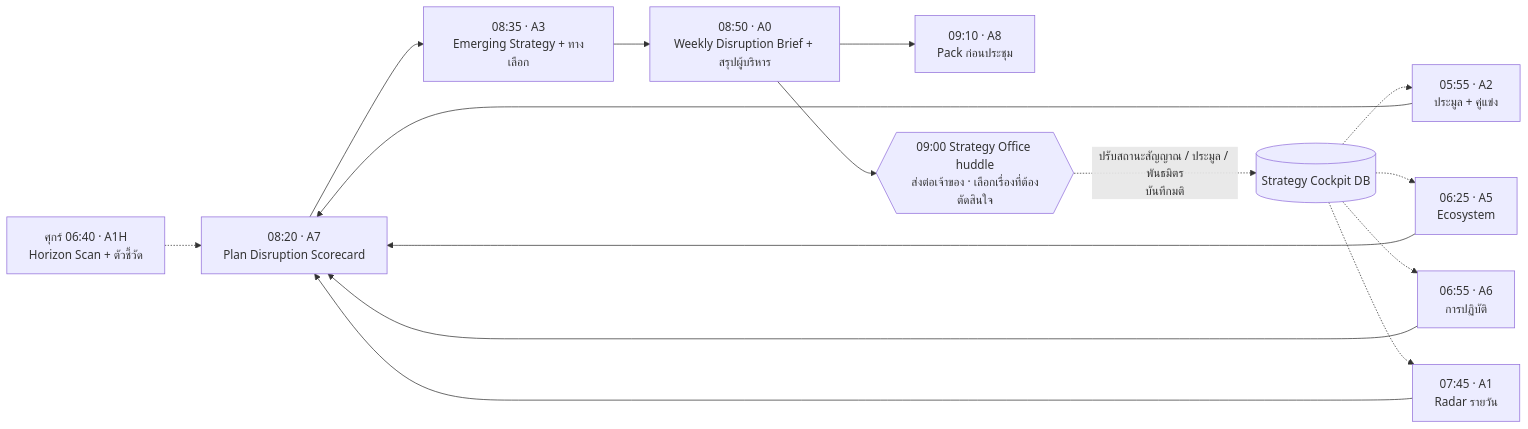
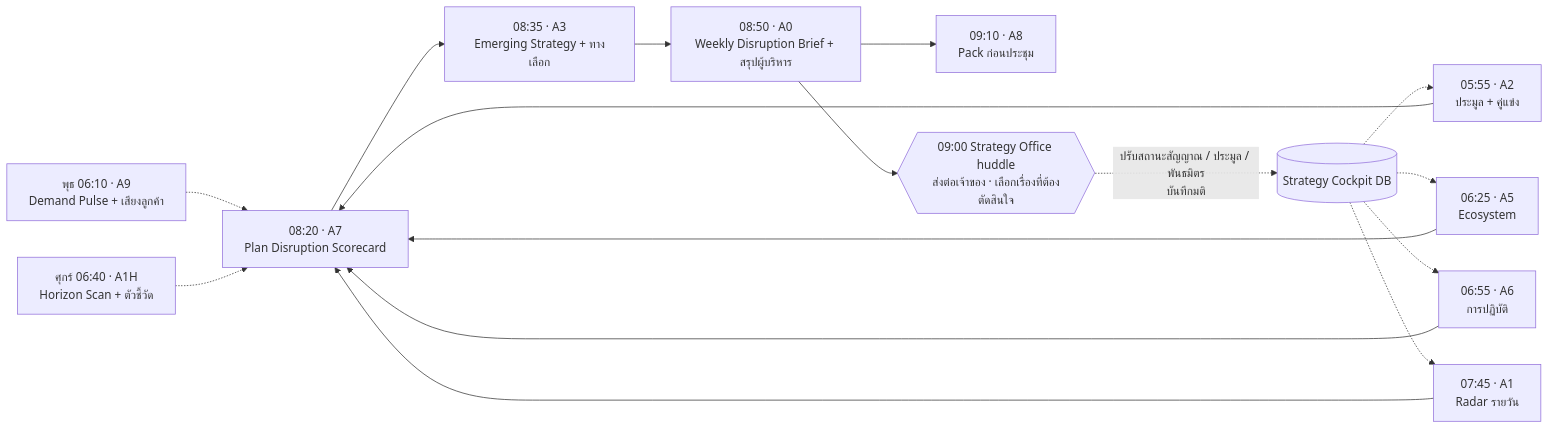
Before and after one commit to jinnaphas/strategy: the diagram in knowledge-base/03-weekly-disruption-cycle.md, drawn with Mermaid. The commit also changed other lines of this file and 7 other files, not shown here.

````diff
--- a/knowledge-base/03-weekly-disruption-cycle.md
+++ b/knowledge-base/03-weekly-disruption-cycle.md
@@ -23,14 +23,15 @@
 ```mermaid
 flowchart LR
+    A9["พุธ 06:10 · A9<br/>Demand Pulse + เสียงลูกค้า"] -.-> A7
     A1H["ศุกร์ 06:40 · A1H<br/>Horizon Scan + ตัวชี้วัด"] -.-> A7
     A2["05:55 · A2<br/>ประมูล + คู่แข่ง"] --> A7
     A5["06:25 · A5<br/>Ecosystem"] --> A7
     A6["06:55 · A6<br/>การปฏิบัติ"] --> A7
     A1["07:45 · A1<br/>Radar รายวัน"] --> A7
     A7["08:20 · A7<br/>Plan Disruption Scorecard"] --> A3["08:35 · A3<br/>Emerging Strategy + ทางเลือก"]
     A3 --> A0["08:50 · A0<br/>Weekly Disruption Brief + สรุปผู้บริหาร"]
     A0 --> A8["09:10 · A8<br/>Pack ก่อนประชุม"]
     A0 --> H{{"09:00 Strategy Office huddle<br/>ส่งต่อเจ้าของ · เลือกเรื่องที่ต้องตัดสินใจ"}}
     H -. "ปรับสถานะสัญญาณ / ประมูล / พันธมิตร<br/>บันทึกมติ" .-> DB[("Strategy Cockpit DB")]
     DB -.-> A2 & A5 & A6 & A1
 ```
````
